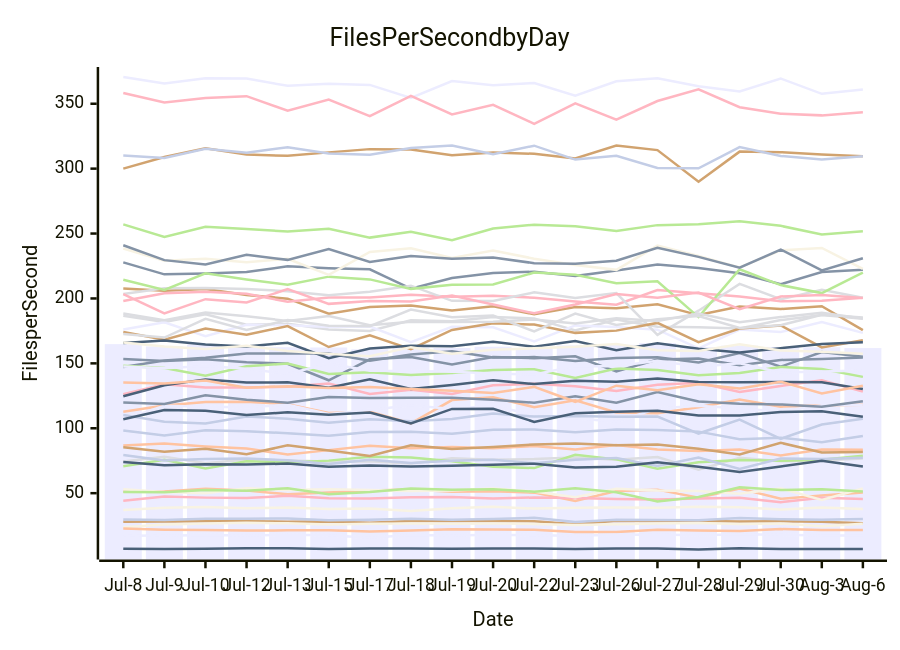
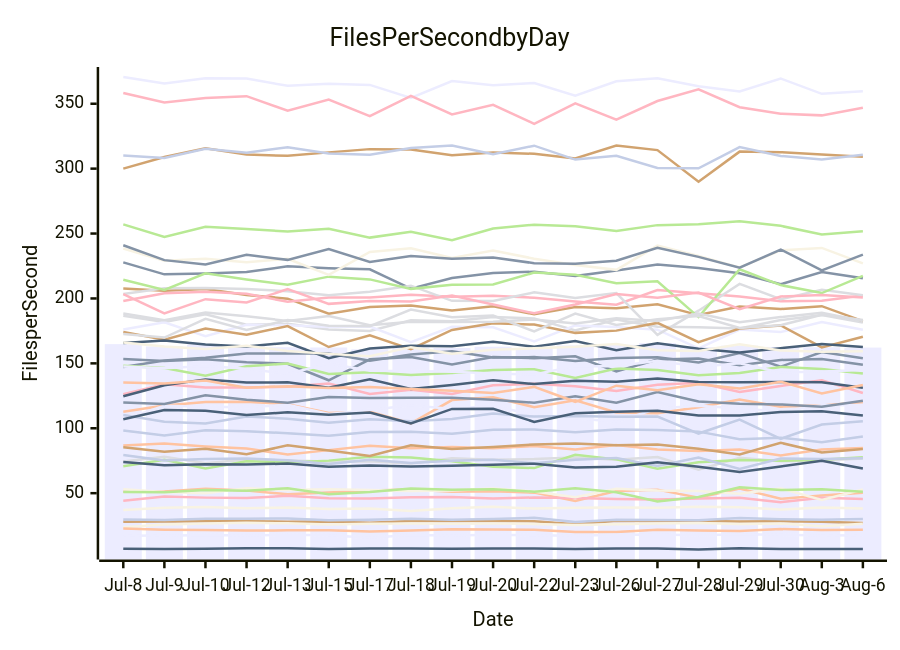
Before and after one commit to streetsidesoftware/cspell: the diagram in perf-report.md, drawn with Mermaid. The commit also changed other lines of this file and 1 other file, not shown here.

````diff
--- a/perf-report.md
+++ b/perf-report.md
@@ -10,57 +10,57 @@
 ```mermaid
 xychart-beta
     title Files Per Second by Day
     y-axis Files per Second
     x-axis Date [Jul-8, Jul-9, Jul-10, Jul-12, Jul-13, Jul-15, Jul-17, Jul-18, Jul-19, Jul-20, Jul-22, Jul-23, Jul-26, Jul-27, Jul-28, Jul-29, Jul-30, Aug-3, Aug-6]
-    bar [164.83, 163.05, 164.68, 163.19, 162.43, 162.24, 160.81, 162.11, 161.80, 162.84, 161.83, 163.82, 164.32, 165.56, 162.55, 163.67, 162.66, 162.42, 161.79]
-    line [227.80, 218.56, 219.23, 220.42, 224.78, 223.29, 222.43, 207.49, 215.75, 219.62, 220.62, 217.24, 221.48, 226.19, 223.44, 219.34, 210.97, 220.37, 222.20]
-    line [112.77, 117.49, 120.30, 120.41, 118.48, 111.84, 112.66, 103.82, 121.72, 123.96, 116.30, 121.57, 112.16, 111.54, 116.14, 122.06, 116.65, 117.60, 118.04]
-    line [74.46, 78.13, 73.01, 75.98, 75.26, 74.39, 74.57, 72.87, 76.84, 75.79, 76.25, 77.55, 75.81, 77.91, 68.05, 77.31, 74.56, 75.13, 76.74]
-    line [70.79, 75.77, 69.10, 74.66, 73.66, 75.08, 77.97, 77.53, 74.65, 70.42, 69.35, 79.56, 76.05, 68.90, 73.77, 75.65, 74.99, 75.71, 78.75]
-    line [27.98, 28.10, 28.43, 28.38, 28.02, 28.20, 27.23, 28.58, 28.56, 28.51, 28.41, 26.08, 28.71, 28.53, 28.56, 28.21, 28.32, 27.98, 26.84]
-    line [79.33, 75.23, 76.27, 76.63, 75.41, 72.48, 75.77, 73.22, 74.96, 75.84, 73.04, 75.74, 77.07, 71.05, 77.49, 68.74, 76.65, 76.34, 77.20]
-    line [126.22, 133.87, 131.35, 131.34, 131.95, 134.40, 126.35, 129.62, 126.47, 133.10, 134.27, 132.41, 128.75, 133.45, 135.04, 127.98, 132.62, 137.05, 128.25]
-    line [74.05, 71.58, 72.37, 72.08, 72.80, 70.30, 71.38, 70.52, 71.04, 71.91, 72.70, 69.86, 70.37, 73.91, 70.30, 66.36, 70.57, 74.92, 70.51]
-    line [23.76, 25.86, 26.61, 27.13, 26.83, 25.90, 26.40, 26.69, 26.50, 26.68, 26.34, 25.46, 26.08, 26.71, 26.98, 26.19, 26.72, 24.58, 26.44]
-    line [106.87, 117.37, 116.66, 116.21, 118.14, 111.02, 114.16, 117.75, 114.86, 117.38, 110.16, 107.68, 105.10, 115.28, 117.30, 115.27, 112.83, 117.78, 118.00]
-    line [153.34, 151.79, 153.10, 150.91, 149.71, 136.98, 153.14, 154.96, 149.05, 154.95, 153.94, 155.48, 143.79, 152.94, 153.75, 148.60, 152.63, 153.39, 154.59]
-    line [22.72, 21.87, 21.57, 21.20, 21.36, 21.51, 20.58, 21.30, 22.19, 22.10, 21.88, 20.15, 20.04, 21.91, 21.31, 20.80, 22.35, 21.72, 21.70]
-    line [186.71, 181.92, 187.82, 179.82, 180.43, 176.01, 174.98, 183.26, 182.49, 185.76, 184.64, 175.39, 183.80, 178.20, 177.82, 176.95, 183.37, 187.31, 184.28]
-    line [257.07, 247.35, 255.25, 253.55, 251.59, 253.64, 246.87, 251.37, 244.82, 253.83, 256.85, 255.68, 251.95, 256.48, 257.08, 259.44, 255.93, 249.24, 251.72]
-    line [207.58, 205.87, 207.35, 202.66, 199.84, 188.27, 193.42, 194.63, 190.82, 194.01, 187.89, 193.41, 192.42, 195.47, 187.19, 193.79, 191.90, 194.07, 175.59]
-    line [29.68, 29.34, 30.24, 30.35, 30.53, 29.15, 29.59, 30.29, 29.57, 30.13, 31.01, 27.77, 29.48, 29.26, 29.06, 30.88, 29.94, 29.48, 30.14]
-    line [197.97, 203.94, 205.22, 203.61, 197.40, 200.74, 200.72, 202.94, 201.36, 202.08, 200.55, 197.73, 195.25, 206.51, 204.03, 201.53, 197.81, 198.32, 200.51]
-    line [7.24, 7.01, 7.27, 7.49, 7.49, 6.93, 7.35, 7.41, 7.13, 7.42, 7.37, 6.94, 7.34, 7.37, 6.62, 7.52, 6.92, 6.91, 7.08]
-    line [37.09, 38.73, 39.43, 38.35, 38.90, 37.77, 38.11, 36.22, 38.46, 39.54, 38.13, 38.75, 38.94, 38.82, 39.51, 39.23, 37.37, 39.03, 37.84]
-    line [176.15, 181.65, 170.98, 179.72, 179.37, 178.07, 178.35, 166.36, 178.14, 177.77, 166.91, 179.23, 177.92, 175.97, 161.59, 176.09, 174.17, 181.77, 173.47]
-    line [147.14, 152.12, 154.25, 157.55, 157.57, 157.54, 152.05, 156.89, 159.37, 154.51, 154.84, 151.75, 154.10, 154.75, 150.75, 157.93, 147.43, 158.79, 155.18]
-    line [51.21, 51.39, 53.37, 51.98, 49.24, 50.53, 52.10, 52.76, 51.07, 51.44, 50.43, 43.97, 51.67, 52.73, 46.52, 53.63, 45.66, 48.27, 50.53]
-    line [203.52, 207.94, 208.03, 207.20, 205.62, 202.48, 205.11, 209.83, 198.16, 198.05, 204.69, 200.38, 204.18, 172.00, 190.59, 211.20, 199.37, 206.67, 200.60]
-    line [214.36, 206.61, 219.33, 214.62, 210.58, 216.81, 214.69, 207.39, 210.58, 210.83, 219.91, 218.25, 211.67, 213.25, 185.65, 222.45, 210.28, 204.15, 219.96]
-    line [174.21, 168.28, 176.77, 172.02, 178.72, 162.59, 171.56, 160.94, 175.73, 180.87, 179.86, 173.49, 175.22, 181.17, 166.29, 176.78, 179.24, 162.30, 167.81]
-    line [110.20, 105.06, 103.60, 109.02, 107.38, 104.33, 107.04, 105.42, 107.07, 111.31, 108.98, 109.47, 108.84, 109.00, 95.94, 106.70, 91.83, 102.88, 107.26]
-    line [44.23, 47.36, 46.58, 46.27, 47.99, 46.18, 45.89, 46.88, 47.09, 45.82, 46.71, 46.24, 45.49, 45.13, 45.94, 46.54, 43.06, 46.57, 45.54]
-    line [124.67, 133.15, 137.66, 135.26, 135.39, 131.25, 137.83, 130.35, 133.37, 136.93, 134.10, 136.61, 135.79, 138.26, 135.57, 135.43, 135.66, 135.43, 130.32]
-    line [53.03, 50.88, 50.01, 53.83, 52.41, 53.08, 52.40, 51.77, 52.01, 53.58, 51.27, 46.96, 53.48, 52.00, 51.65, 49.61, 53.65, 44.73, 53.59]
-    line [370.59, 365.59, 369.56, 369.35, 363.79, 365.39, 364.51, 354.54, 367.49, 364.21, 365.97, 356.16, 367.24, 369.57, 363.41, 359.37, 369.40, 357.63, 361.03]
-    line [119.80, 118.70, 125.49, 121.97, 119.76, 124.17, 123.39, 123.52, 123.46, 121.92, 119.72, 124.69, 119.65, 127.83, 120.71, 118.86, 118.39, 116.67, 120.73]
-    line [86.80, 88.24, 86.00, 84.39, 79.74, 83.17, 86.61, 84.55, 85.67, 84.70, 86.32, 83.67, 87.12, 83.64, 82.58, 83.71, 79.08, 83.62, 83.54]
-    line [188.38, 183.25, 189.14, 186.31, 182.67, 186.39, 179.31, 182.07, 181.92, 182.11, 183.75, 180.78, 184.81, 182.65, 188.37, 181.75, 185.70, 188.91, 184.49]
-    line [50.86, 50.66, 52.36, 51.79, 53.82, 49.25, 50.85, 53.53, 52.69, 53.02, 51.19, 53.86, 50.78, 43.58, 47.06, 54.57, 52.43, 53.03, 51.31]
-    line [85.41, 81.93, 84.31, 79.99, 86.85, 82.81, 78.74, 86.89, 84.13, 85.63, 87.55, 88.29, 86.90, 87.47, 84.26, 79.87, 88.81, 81.39, 81.68]
-    line [98.21, 94.52, 98.50, 97.78, 96.17, 94.33, 97.04, 97.24, 95.75, 98.78, 99.06, 97.00, 99.07, 98.61, 97.42, 91.49, 92.79, 89.32, 93.97]
-    line [358.26, 350.93, 354.34, 355.82, 344.62, 353.27, 340.52, 356.06, 341.72, 349.11, 334.55, 350.21, 337.72, 352.09, 361.09, 347.33, 342.33, 341.03, 343.52]
-    line [106.95, 114.12, 113.53, 110.15, 112.38, 110.43, 112.10, 103.78, 114.93, 115.08, 104.93, 111.58, 112.75, 113.47, 109.84, 109.80, 112.55, 113.19, 108.93]
-    line [238.48, 229.00, 230.57, 227.85, 230.59, 218.19, 235.84, 238.63, 231.13, 236.94, 230.60, 225.84, 222.04, 240.74, 232.71, 223.95, 236.98, 238.93, 222.86]
-    line [17.45, 17.16, 17.77, 17.48, 17.96, 17.52, 15.60, 17.77, 17.44, 17.98, 17.51, 17.20, 17.96, 18.17, 17.67, 18.43, 18.02, 17.45, 17.50]
-    line [240.95, 229.51, 226.18, 233.66, 229.73, 238.10, 228.16, 232.72, 230.57, 231.48, 227.16, 226.70, 229.01, 239.01, 232.02, 223.69, 237.66, 221.63, 231.00]
-    line [135.18, 134.44, 136.88, 131.27, 132.43, 131.04, 131.83, 130.19, 128.92, 127.23, 131.88, 120.40, 132.81, 129.34, 133.97, 130.74, 135.91, 126.83, 132.71]
-    line [172.62, 169.88, 184.28, 175.71, 183.39, 178.90, 178.60, 191.51, 185.47, 186.89, 174.56, 188.32, 179.58, 184.08, 186.53, 177.20, 179.37, 187.46, 185.38]
-    line [148.23, 146.43, 140.41, 147.84, 149.86, 141.85, 143.07, 141.02, 142.51, 144.87, 145.54, 138.82, 146.01, 144.90, 140.82, 142.51, 147.27, 145.58, 139.59]
-    line [300.01, 308.91, 315.76, 310.85, 309.84, 312.53, 315.03, 314.69, 310.30, 312.46, 311.42, 307.91, 317.83, 314.26, 289.97, 313.11, 312.72, 310.96, 309.55]
-    line [310.11, 308.24, 315.35, 312.26, 316.54, 311.74, 310.63, 315.98, 317.85, 311.01, 317.69, 306.96, 309.97, 300.54, 300.28, 316.56, 309.78, 307.09, 309.46]
-    line [203.31, 188.55, 199.47, 196.87, 207.15, 195.83, 198.09, 197.68, 202.31, 195.34, 188.56, 195.30, 203.49, 200.63, 204.54, 191.76, 201.55, 202.60, 200.29]
-    line [165.64, 167.61, 164.48, 163.07, 165.84, 153.93, 161.48, 163.65, 163.25, 166.55, 162.82, 167.25, 160.14, 165.42, 161.19, 158.31, 161.70, 164.91, 166.33]
-    line [166.09, 162.99, 161.12, 163.50, 159.47, 157.31, 155.54, 162.49, 157.44, 160.47, 161.66, 162.86, 164.94, 160.13, 159.49, 164.72, 159.99, 159.02, 157.49]
-    line [147.61, 146.15, 148.02, 145.81, 141.78, 149.87, 144.29, 144.20, 143.50, 142.28, 141.37, 147.86, 147.77, 151.94, 147.31, 150.10, 142.92, 143.82, 144.46]
+    bar [164.83, 163.05, 164.68, 163.19, 162.43, 162.24, 160.81, 162.11, 161.80, 162.84, 161.83, 163.82, 164.32, 165.56, 162.55, 163.67, 162.66, 162.42, 162.15]
+    line [227.80, 218.56, 219.23, 220.42, 224.78, 223.29, 222.43, 207.49, 215.75, 219.62, 220.62, 217.24, 221.48, 226.19, 223.44, 219.34, 210.97, 220.37, 215.62]
+    line [112.77, 117.49, 120.30, 120.41, 118.48, 111.84, 112.66, 103.82, 121.72, 123.96, 116.30, 121.57, 112.16, 111.54, 116.14, 122.06, 116.65, 117.60, 120.09]
+    line [74.46, 78.13, 73.01, 75.98, 75.26, 74.39, 74.57, 72.87, 76.84, 75.79, 76.25, 77.55, 75.81, 77.91, 68.05, 77.31, 74.56, 75.13, 76.66]
+    line [70.79, 75.77, 69.10, 74.66, 73.66, 75.08, 77.97, 77.53, 74.65, 70.42, 69.35, 79.56, 76.05, 68.90, 73.77, 75.65, 74.99, 75.71, 77.66]
+    line [27.98, 28.10, 28.43, 28.38, 28.02, 28.20, 27.23, 28.58, 28.56, 28.51, 28.41, 26.08, 28.71, 28.53, 28.56, 28.21, 28.32, 27.98, 27.09]
+    line [79.33, 75.23, 76.27, 76.63, 75.41, 72.48, 75.77, 73.22, 74.96, 75.84, 73.04, 75.74, 77.07, 71.05, 77.49, 68.74, 76.65, 76.34, 76.92]
+    line [126.22, 133.87, 131.35, 131.34, 131.95, 134.40, 126.35, 129.62, 126.47, 133.10, 134.27, 132.41, 128.75, 133.45, 135.04, 127.98, 132.62, 137.05, 127.16]
+    line [74.05, 71.58, 72.37, 72.08, 72.80, 70.30, 71.38, 70.52, 71.04, 71.91, 72.70, 69.86, 70.37, 73.91, 70.30, 66.36, 70.57, 74.92, 69.05]
+    line [23.76, 25.86, 26.61, 27.13, 26.83, 25.90, 26.40, 26.69, 26.50, 26.68, 26.34, 25.46, 26.08, 26.71, 26.98, 26.19, 26.72, 24.58, 26.54]
+    line [106.87, 117.37, 116.66, 116.21, 118.14, 111.02, 114.16, 117.75, 114.86, 117.38, 110.16, 107.68, 105.10, 115.28, 117.30, 115.27, 112.83, 117.78, 117.94]
+    line [153.34, 151.79, 153.10, 150.91, 149.71, 136.98, 153.14, 154.96, 149.05, 154.95, 153.94, 155.48, 143.79, 152.94, 153.75, 148.60, 152.63, 153.39, 148.93]
+    line [22.72, 21.87, 21.57, 21.20, 21.36, 21.51, 20.58, 21.30, 22.19, 22.10, 21.88, 20.15, 20.04, 21.91, 21.31, 20.80, 22.35, 21.72, 21.80]
+    line [186.71, 181.92, 187.82, 179.82, 180.43, 176.01, 174.98, 183.26, 182.49, 185.76, 184.64, 175.39, 183.80, 178.20, 177.82, 176.95, 183.37, 187.31, 181.39]
+    line [257.07, 247.35, 255.25, 253.55, 251.59, 253.64, 246.87, 251.37, 244.82, 253.83, 256.85, 255.68, 251.95, 256.48, 257.08, 259.44, 255.93, 249.24, 251.79]
+    line [207.58, 205.87, 207.35, 202.66, 199.84, 188.27, 193.42, 194.63, 190.82, 194.01, 187.89, 193.41, 192.42, 195.47, 187.19, 193.79, 191.90, 194.07, 182.58]
+    line [29.68, 29.34, 30.24, 30.35, 30.53, 29.15, 29.59, 30.29, 29.57, 30.13, 31.01, 27.77, 29.48, 29.26, 29.06, 30.88, 29.94, 29.48, 30.19]
+    line [197.97, 203.94, 205.22, 203.61, 197.40, 200.74, 200.72, 202.94, 201.36, 202.08, 200.55, 197.73, 195.25, 206.51, 204.03, 201.53, 197.81, 198.32, 202.22]
+    line [7.24, 7.01, 7.27, 7.49, 7.49, 6.93, 7.35, 7.41, 7.13, 7.42, 7.37, 6.94, 7.34, 7.37, 6.62, 7.52, 6.92, 6.91, 7.06]
+    line [37.09, 38.73, 39.43, 38.35, 38.90, 37.77, 38.11, 36.22, 38.46, 39.54, 38.13, 38.75, 38.94, 38.82, 39.51, 39.23, 37.37, 39.03, 38.14]
+    line [176.15, 181.65, 170.98, 179.72, 179.37, 178.07, 178.35, 166.36, 178.14, 177.77, 166.91, 179.23, 177.92, 175.97, 161.59, 176.09, 174.17, 181.77, 175.87]
+    line [147.14, 152.12, 154.25, 157.55, 157.57, 157.54, 152.05, 156.89, 159.37, 154.51, 154.84, 151.75, 154.10, 154.75, 150.75, 157.93, 147.43, 158.79, 154.00]
+    line [51.21, 51.39, 53.37, 51.98, 49.24, 50.53, 52.10, 52.76, 51.07, 51.44, 50.43, 43.97, 51.67, 52.73, 46.52, 53.63, 45.66, 48.27, 50.39]
+    line [203.52, 207.94, 208.03, 207.20, 205.62, 202.48, 205.11, 209.83, 198.16, 198.05, 204.69, 200.38, 204.18, 172.00, 190.59, 211.20, 199.37, 206.67, 202.54]
+    line [214.36, 206.61, 219.33, 214.62, 210.58, 216.81, 214.69, 207.39, 210.58, 210.83, 219.91, 218.25, 211.67, 213.25, 185.65, 222.45, 210.28, 204.15, 217.44]
+    line [174.21, 168.28, 176.77, 172.02, 178.72, 162.59, 171.56, 160.94, 175.73, 180.87, 179.86, 173.49, 175.22, 181.17, 166.29, 176.78, 179.24, 162.30, 170.51]
+    line [110.20, 105.06, 103.60, 109.02, 107.38, 104.33, 107.04, 105.42, 107.07, 111.31, 108.98, 109.47, 108.84, 109.00, 95.94, 106.70, 91.83, 102.88, 105.40]
+    line [44.23, 47.36, 46.58, 46.27, 47.99, 46.18, 45.89, 46.88, 47.09, 45.82, 46.71, 46.24, 45.49, 45.13, 45.94, 46.54, 43.06, 46.57, 45.56]
+    line [124.67, 133.15, 137.66, 135.26, 135.39, 131.25, 137.83, 130.35, 133.37, 136.93, 134.10, 136.61, 135.79, 138.26, 135.57, 135.43, 135.66, 135.43, 131.19]
+    line [53.03, 50.88, 50.01, 53.83, 52.41, 53.08, 52.40, 51.77, 52.01, 53.58, 51.27, 46.96, 53.48, 52.00, 51.65, 49.61, 53.65, 44.73, 52.88]
+    line [370.59, 365.59, 369.56, 369.35, 363.79, 365.39, 364.51, 354.54, 367.49, 364.21, 365.97, 356.16, 367.24, 369.57, 363.41, 359.37, 369.40, 357.63, 359.56]
+    line [119.80, 118.70, 125.49, 121.97, 119.76, 124.17, 123.39, 123.52, 123.46, 121.92, 119.72, 124.69, 119.65, 127.83, 120.71, 118.86, 118.39, 116.67, 121.26]
+    line [86.80, 88.24, 86.00, 84.39, 79.74, 83.17, 86.61, 84.55, 85.67, 84.70, 86.32, 83.67, 87.12, 83.64, 82.58, 83.71, 79.08, 83.62, 84.88]
+    line [188.38, 183.25, 189.14, 186.31, 182.67, 186.39, 179.31, 182.07, 181.92, 182.11, 183.75, 180.78, 184.81, 182.65, 188.37, 181.75, 185.70, 188.91, 182.68]
+    line [50.86, 50.66, 52.36, 51.79, 53.82, 49.25, 50.85, 53.53, 52.69, 53.02, 51.19, 53.86, 50.78, 43.58, 47.06, 54.57, 52.43, 53.03, 51.13]
+    line [85.41, 81.93, 84.31, 79.99, 86.85, 82.81, 78.74, 86.89, 84.13, 85.63, 87.55, 88.29, 86.90, 87.47, 84.26, 79.87, 88.81, 81.39, 83.97]
+    line [98.21, 94.52, 98.50, 97.78, 96.17, 94.33, 97.04, 97.24, 95.75, 98.78, 99.06, 97.00, 99.07, 98.61, 97.42, 91.49, 92.79, 89.32, 93.72]
+    line [358.26, 350.93, 354.34, 355.82, 344.62, 353.27, 340.52, 356.06, 341.72, 349.11, 334.55, 350.21, 337.72, 352.09, 361.09, 347.33, 342.33, 341.03, 346.90]
+    line [106.95, 114.12, 113.53, 110.15, 112.38, 110.43, 112.10, 103.78, 114.93, 115.08, 104.93, 111.58, 112.75, 113.47, 109.84, 109.80, 112.55, 113.19, 109.88]
+    line [238.48, 229.00, 230.57, 227.85, 230.59, 218.19, 235.84, 238.63, 231.13, 236.94, 230.60, 225.84, 222.04, 240.74, 232.71, 223.95, 236.98, 238.93, 227.08]
+    line [17.45, 17.16, 17.77, 17.48, 17.96, 17.52, 15.60, 17.77, 17.44, 17.98, 17.51, 17.20, 17.96, 18.17, 17.67, 18.43, 18.02, 17.45, 17.65]
+    line [240.95, 229.51, 226.18, 233.66, 229.73, 238.10, 228.16, 232.72, 230.57, 231.48, 227.16, 226.70, 229.01, 239.01, 232.02, 223.69, 237.66, 221.63, 233.74]
+    line [135.18, 134.44, 136.88, 131.27, 132.43, 131.04, 131.83, 130.19, 128.92, 127.23, 131.88, 120.40, 132.81, 129.34, 133.97, 130.74, 135.91, 126.83, 133.33]
+    line [172.62, 169.88, 184.28, 175.71, 183.39, 178.90, 178.60, 191.51, 185.47, 186.89, 174.56, 188.32, 179.58, 184.08, 186.53, 177.20, 179.37, 187.46, 183.38]
+    line [148.23, 146.43, 140.41, 147.84, 149.86, 141.85, 143.07, 141.02, 142.51, 144.87, 145.54, 138.82, 146.01, 144.90, 140.82, 142.51, 147.27, 145.58, 142.12]
+    line [300.01, 308.91, 315.76, 310.85, 309.84, 312.53, 315.03, 314.69, 310.30, 312.46, 311.42, 307.91, 317.83, 314.26, 289.97, 313.11, 312.72, 310.96, 309.18]
+    line [310.11, 308.24, 315.35, 312.26, 316.54, 311.74, 310.63, 315.98, 317.85, 311.01, 317.69, 306.96, 309.97, 300.54, 300.28, 316.56, 309.78, 307.09, 310.74]
+    line [203.31, 188.55, 199.47, 196.87, 207.15, 195.83, 198.09, 197.68, 202.31, 195.34, 188.56, 195.30, 203.49, 200.63, 204.54, 191.76, 201.55, 202.60, 200.71]
+    line [165.64, 167.61, 164.48, 163.07, 165.84, 153.93, 161.48, 163.65, 163.25, 166.55, 162.82, 167.25, 160.14, 165.42, 161.19, 158.31, 161.70, 164.91, 162.58]
+    line [166.09, 162.99, 161.12, 163.50, 159.47, 157.31, 155.54, 162.49, 157.44, 160.47, 161.66, 162.86, 164.94, 160.13, 159.49, 164.72, 159.99, 159.02, 159.32]
+    line [147.61, 146.15, 148.02, 145.81, 141.78, 149.87, 144.29, 144.20, 143.50, 142.28, 141.37, 147.86, 147.77, 151.94, 147.31, 150.10, 142.92, 143.82, 144.85]
 ```
````
